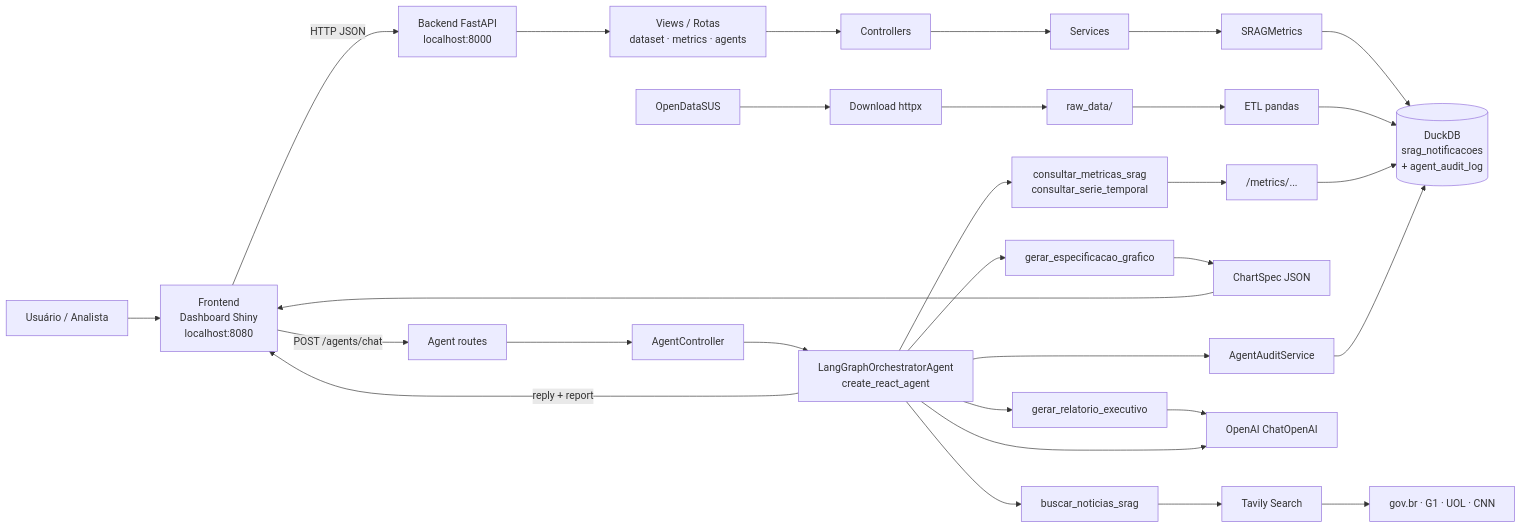
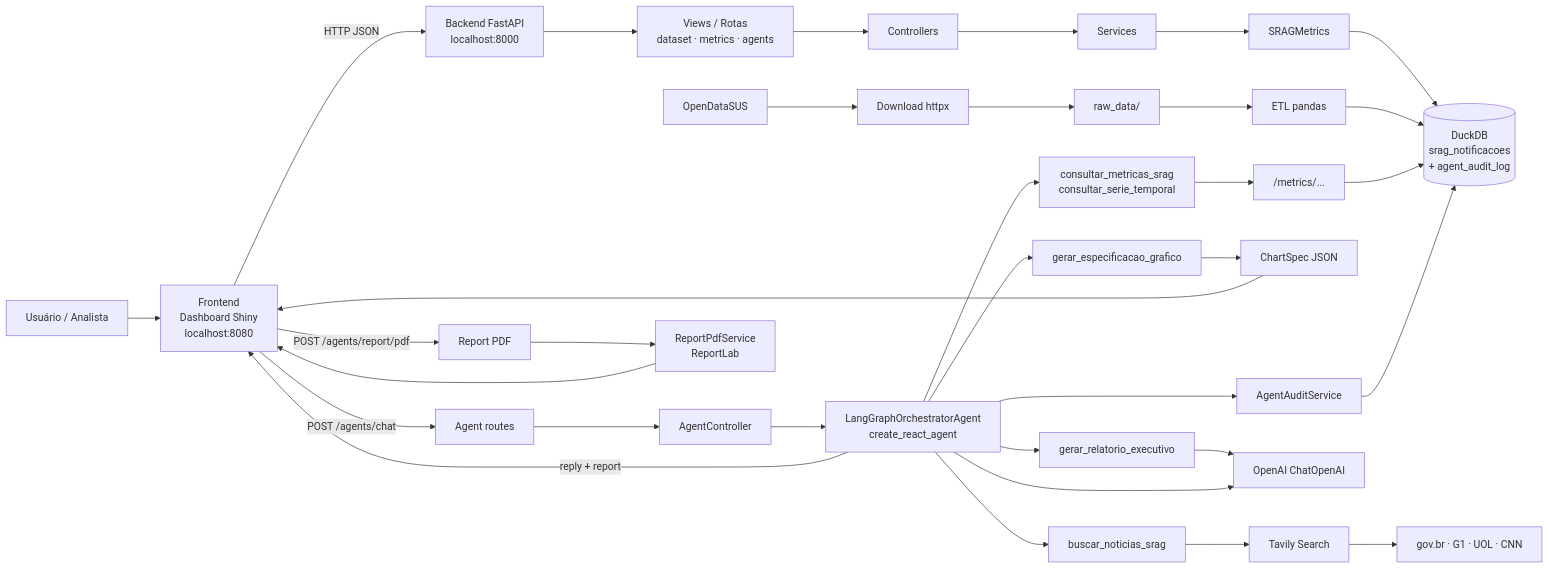
The first of 2 diagrams in docs/arquitetura_solucao_srag.md (johnwsl/srag-data-health-agent-monitor), drawn with Mermaid before and after one commit. The commit also changed other lines of this file and 25 other files, not shown here.

````diff
--- a/docs/arquitetura_solucao_srag.md
+++ b/docs/arquitetura_solucao_srag.md
@@ -15,42 +15,46 @@
 ```mermaid
 flowchart LR
     Usuario[Usuário / Analista] --> Frontend[Frontend<br/>Dashboard Shiny<br/>localhost:8080]
 
     Frontend -->|HTTP JSON| API[Backend FastAPI<br/>localhost:8000]
     API --> Views[Views / Rotas<br/>dataset · metrics · agents]
     Views --> Controllers[Controllers]
     Controllers --> Services[Services]
 
     Services --> MetricsService[SRAGMetrics]
     MetricsService --> DuckDB[(DuckDB<br/>srag_notificacoes<br/>+ agent_audit_log)]
 
     OpenDataSUS[OpenDataSUS] --> Downloader[Download httpx]
     Downloader --> RawData[raw_data/]
     RawData --> ETL[ETL pandas]
     ETL --> DuckDB
 
     Frontend -->|POST /agents/chat| AgentEndpoint[Agent routes]
     AgentEndpoint --> AgentController[AgentController]
     AgentController --> Orchestrator[LangGraphOrchestratorAgent<br/>create_react_agent]
 
     Orchestrator --> MetricsTool[consultar_metricas_srag<br/>consultar_serie_temporal]
     MetricsTool --> MetricsAPI["/metrics/..."]
     MetricsAPI --> DuckDB
 
     Orchestrator --> ChartTool[gerar_especificacao_grafico]
     ChartTool --> ChartSpec[ChartSpec JSON]
     ChartSpec --> Frontend
 
     Orchestrator --> NewsTool[buscar_noticias_srag]
     NewsTool --> Tavily[Tavily Search]
     Tavily --> NewsSources[gov.br · G1 · UOL · CNN]
 
     Orchestrator --> ReportTool[gerar_relatorio_executivo]
     ReportTool --> LLM[OpenAI ChatOpenAI]
     Orchestrator --> LLM
 
+    Frontend -->|POST /agents/report/pdf| PdfEndpoint[Report PDF]
+    PdfEndpoint --> ReportPdf[ReportPdfService<br/>ReportLab]
+    ReportPdf --> Frontend
+
     Orchestrator --> Audit[AgentAuditService]
     Audit --> DuckDB
 
     Orchestrator -->|reply + report| Frontend
 ```
````
